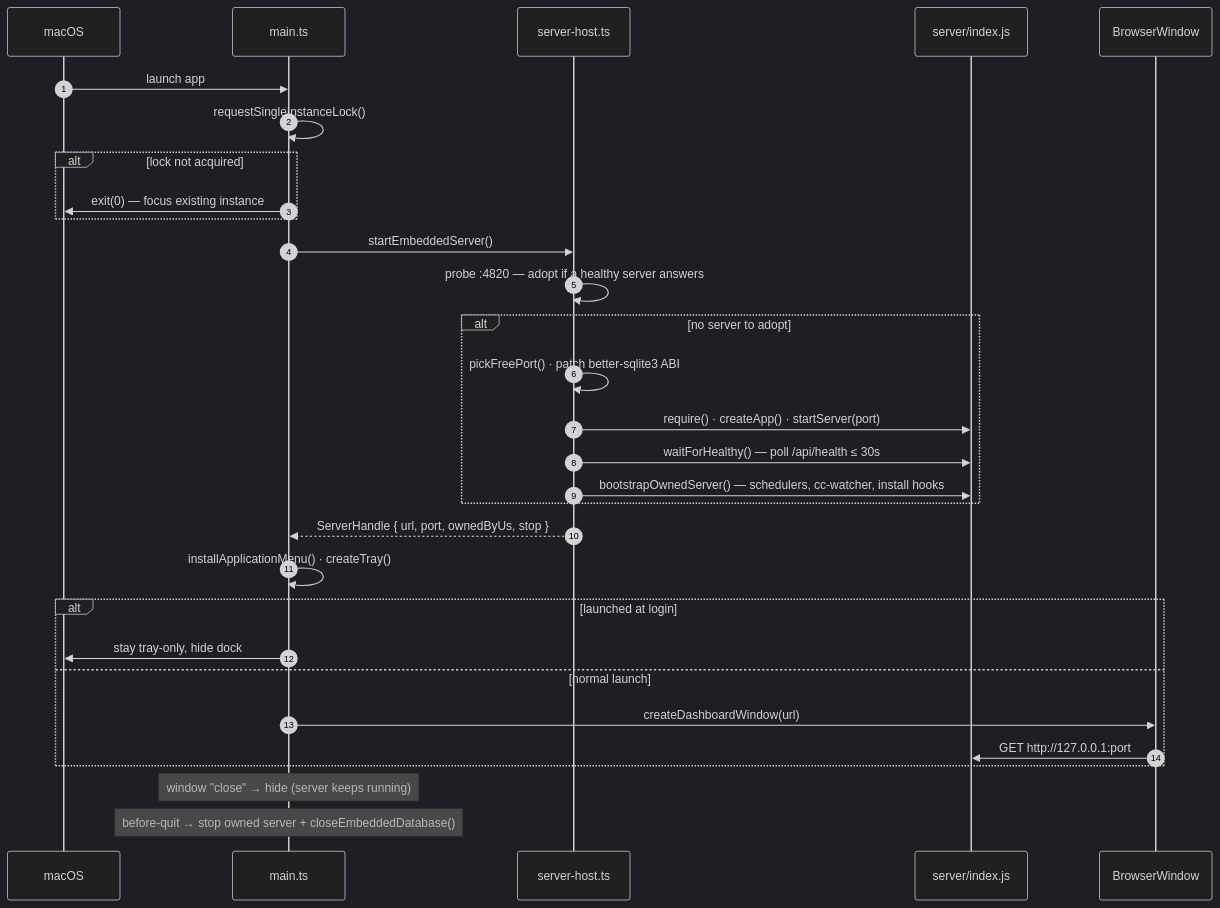
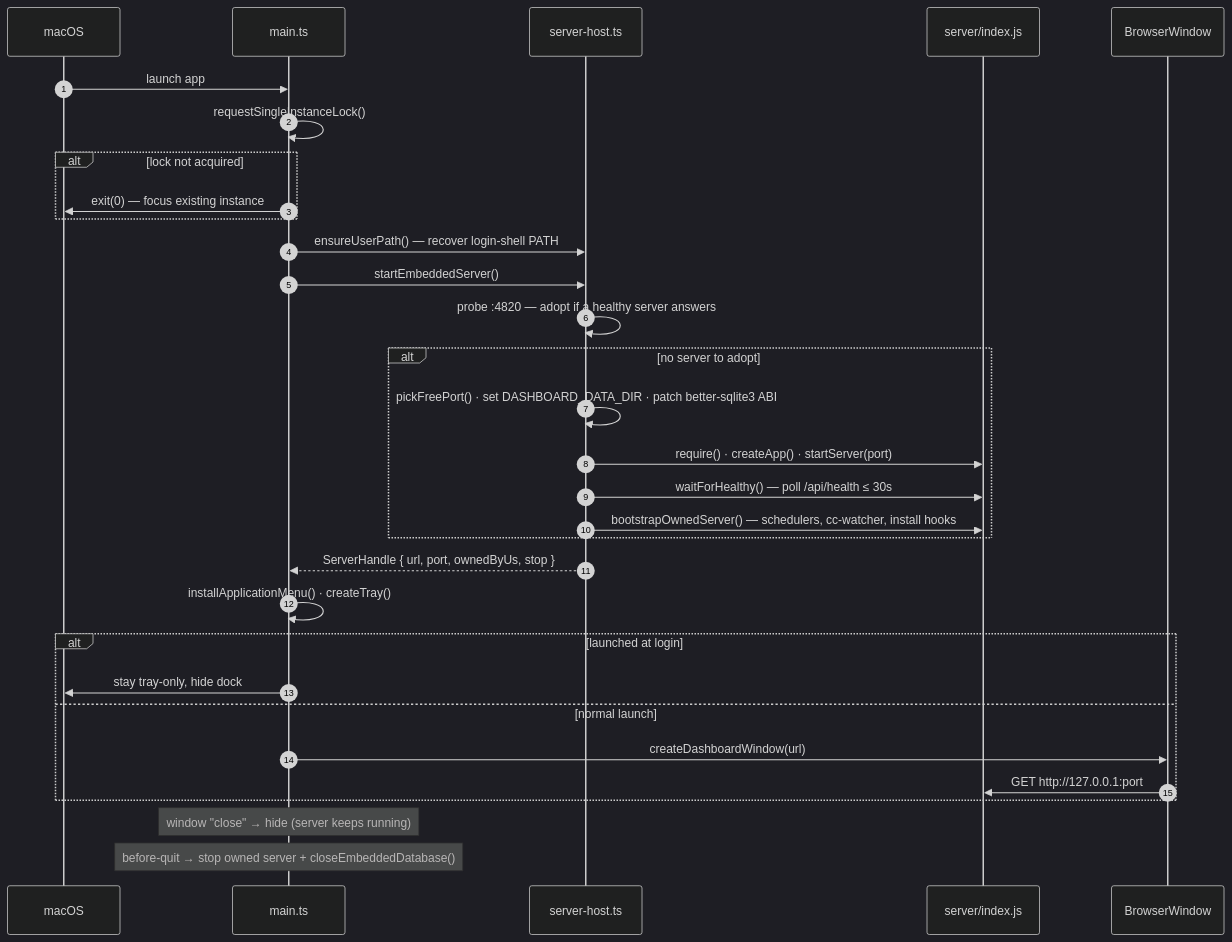
Diagram 37 of 46 in ARCHITECTURE.md (zhangqinzhong/Claude-Code-Agent-Monitor), drawn with Mermaid (dark theme) before and after one commit. The commit also changed other lines of this file and 10 other files, not shown here.

First line of the commit message:
docs(desktop): reflect data-dir, shell-PATH and prebuild fixes

````diff
--- a/ARCHITECTURE.md
+++ b/ARCHITECTURE.md
@@ -1970,33 +1988,34 @@
 ```mermaid
 sequenceDiagram
     autonumber
     participant OS as macOS
     participant Main as main.ts
     participant Host as server-host.ts
     participant Srv as server/index.js
     participant UI as BrowserWindow
 
     OS->>Main: launch app
     Main->>Main: requestSingleInstanceLock()
     alt lock not acquired
         Main->>OS: exit(0) — focus existing instance
     end
+    Main->>Host: ensureUserPath() — recover login-shell PATH
     Main->>Host: startEmbeddedServer()
     Host->>Host: probe :4820 — adopt if a healthy server answers
     alt no server to adopt
-        Host->>Host: pickFreePort() · patch better-sqlite3 ABI
+        Host->>Host: pickFreePort() · set DASHBOARD_DATA_DIR · patch better-sqlite3 ABI
         Host->>Srv: require() · createApp() · startServer(port)
         Host->>Srv: waitForHealthy() — poll /api/health ≤ 30s
         Host->>Srv: bootstrapOwnedServer() — schedulers, cc-watcher, install hooks
     end
     Host-->>Main: ServerHandle { url, port, ownedByUs, stop }
     Main->>Main: installApplicationMenu() · createTray()
     alt launched at login
         Main->>OS: stay tray-only, hide dock
     else normal launch
         Main->>UI: createDashboardWindow(url)
         UI->>Srv: GET http://127.0.0.1:port
     end
     Note over Main: window "close" → hide (server keeps running)
     Note over Main: before-quit → stop owned server + closeEmbeddedDatabase()
 ```
````
